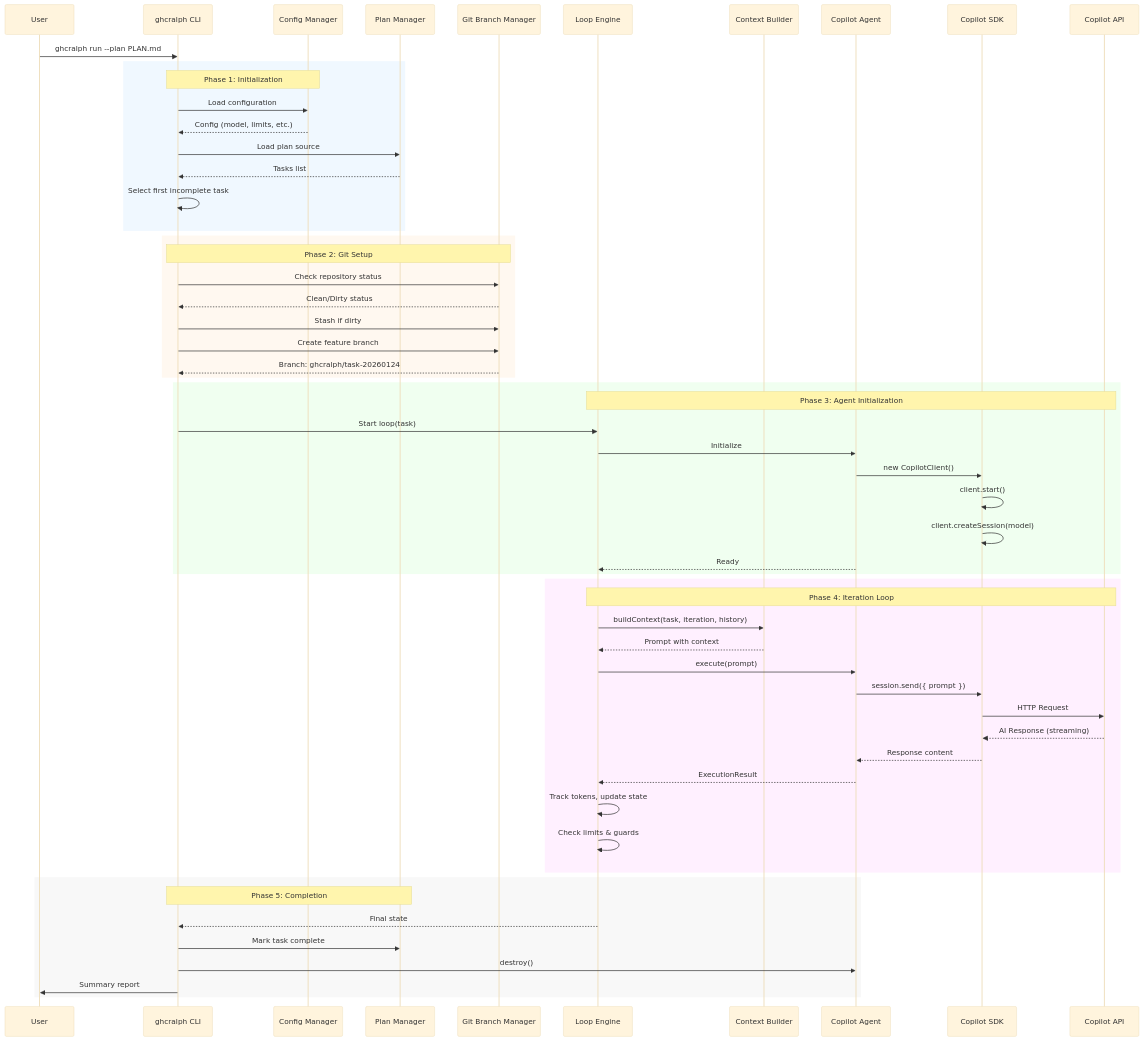
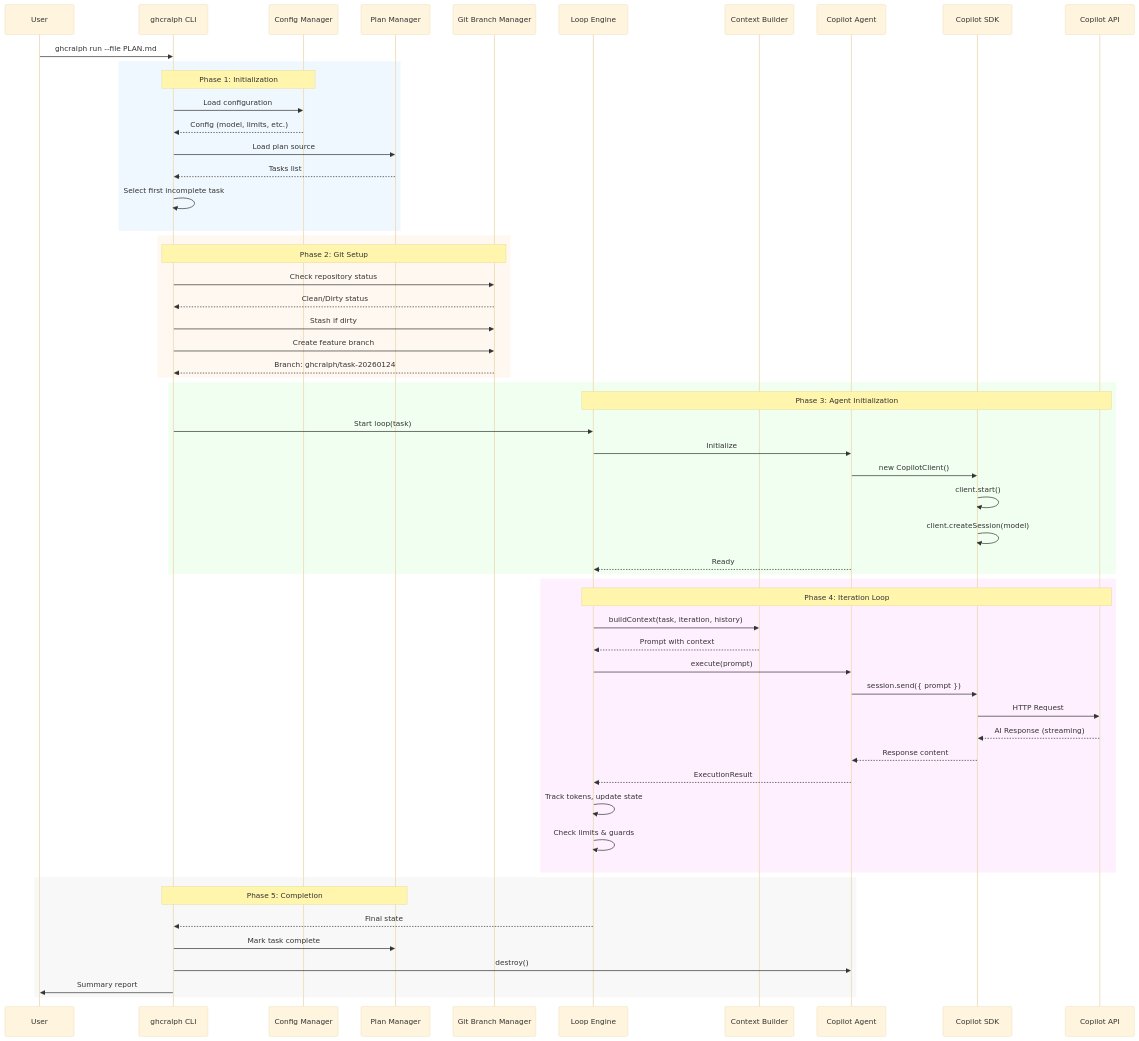
Before and after one commit to rpothin/ghc-ralph-cli: the third of 18 diagrams in docs/architecture.md, drawn with Mermaid (base theme). The commit also changed 7 other files, not shown here.

Commit message:
Simplify run plan vs file

````diff
--- a/docs/architecture.md
+++ b/docs/architecture.md
@@ -106,65 +106,65 @@
 ```mermaid
 sequenceDiagram
     participant User
     participant CLI as ghcralph CLI
     participant Config as Config Manager
     participant Plan as Plan Manager
     participant Git as Git Branch Manager
     participant LoopEng as Loop Engine
     participant Context as Context Builder
     participant Agent as Copilot Agent
     participant SDK as Copilot SDK
     participant API as Copilot API
 
-    User->>CLI: ghcralph run --plan PLAN.md
+    User->>CLI: ghcralph run --file PLAN.md
     
     rect rgb(240, 248, 255)
         Note over CLI,Config: Phase 1: Initialization
         CLI->>Config: Load configuration
         Config-->>CLI: Config (model, limits, etc.)
         CLI->>Plan: Load plan source
         Plan-->>CLI: Tasks list
         CLI->>CLI: Select first incomplete task
     end
     
     rect rgb(255, 248, 240)
         Note over CLI,Git: Phase 2: Git Setup
         CLI->>Git: Check repository status
         Git-->>CLI: Clean/Dirty status
         CLI->>Git: Stash if dirty
         CLI->>Git: Create feature branch
         Git-->>CLI: Branch: ghcralph/task-20260124
     end
     
     rect rgb(240, 255, 240)
         Note over LoopEng,API: Phase 3: Agent Initialization
         CLI->>LoopEng: Start loop(task)
         LoopEng->>Agent: Initialize
         Agent->>SDK: new CopilotClient()
         SDK->>SDK: client.start()
         SDK->>SDK: client.createSession(model)
         Agent-->>LoopEng: Ready
     end
     
     rect rgb(255, 240, 255)
         Note over LoopEng,API: Phase 4: Iteration Loop
         LoopEng->>Context: buildContext(task, iteration, history)
         Context-->>LoopEng: Prompt with context
         LoopEng->>Agent: execute(prompt)
         Agent->>SDK: session.send({ prompt })
         SDK->>API: HTTP Request
         API-->>SDK: AI Response (streaming)
         SDK-->>Agent: Response content
         Agent-->>LoopEng: ExecutionResult
         LoopEng->>LoopEng: Track tokens, update state
         LoopEng->>LoopEng: Check limits & guards
     end
     
     rect rgb(248, 248, 248)
         Note over CLI,Plan: Phase 5: Completion
         LoopEng-->>CLI: Final state
         CLI->>Plan: Mark task complete
         CLI->>Agent: destroy()
         CLI->>User: Summary report
     end
 ```
````
